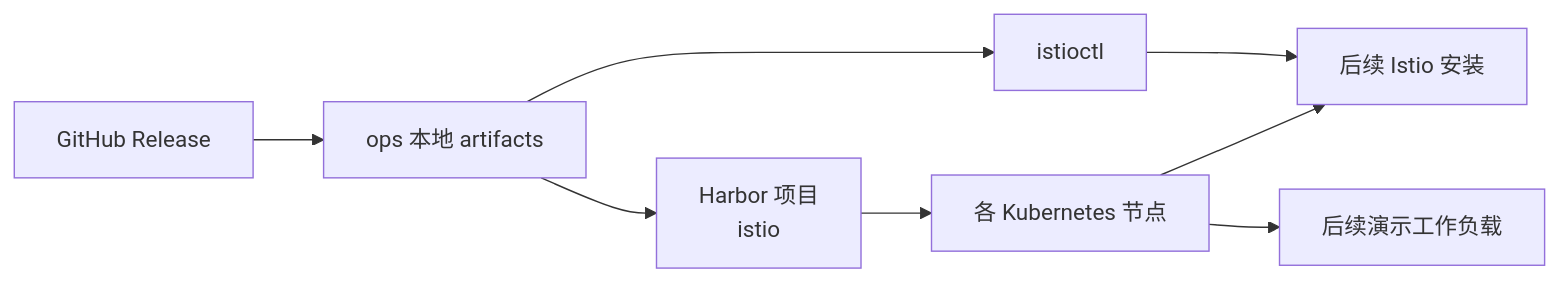
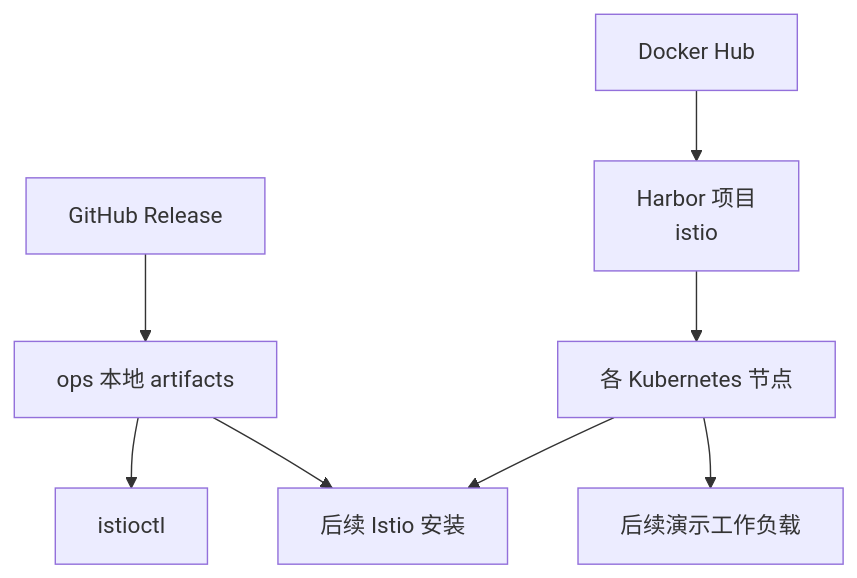
Before and after one commit to hwang-protocol/docker_k8s_2026: the diagram in k8s/05-security-and-zero-trust/docs/02_prepare_istio_artifacts.md, drawn with Mermaid. The commit also changed other lines of this file, not shown here.

````diff
--- a/k8s/05-security-and-zero-trust/docs/02_prepare_istio_artifacts.md
+++ b/k8s/05-security-and-zero-trust/docs/02_prepare_istio_artifacts.md
@@ -54,18 +54,20 @@
 ```mermaid
-flowchart LR
+flowchart TD
   github[GitHub Release]
+  dockerhub[Docker Hub]
   ops[ops 本地 artifacts]
   cli[istioctl]
   harbor[Harbor 项目<br/>istio]
   nodes[各 Kubernetes 节点]
   install[后续 Istio 安装]
   demo[后续演示工作负载]
 
   github --> ops
   ops --> cli
-  ops --> harbor
+  ops --> install
+
+  dockerhub --> harbor
   harbor --> nodes
-  cli --> install
   nodes --> install
   nodes --> demo
 ```
````
